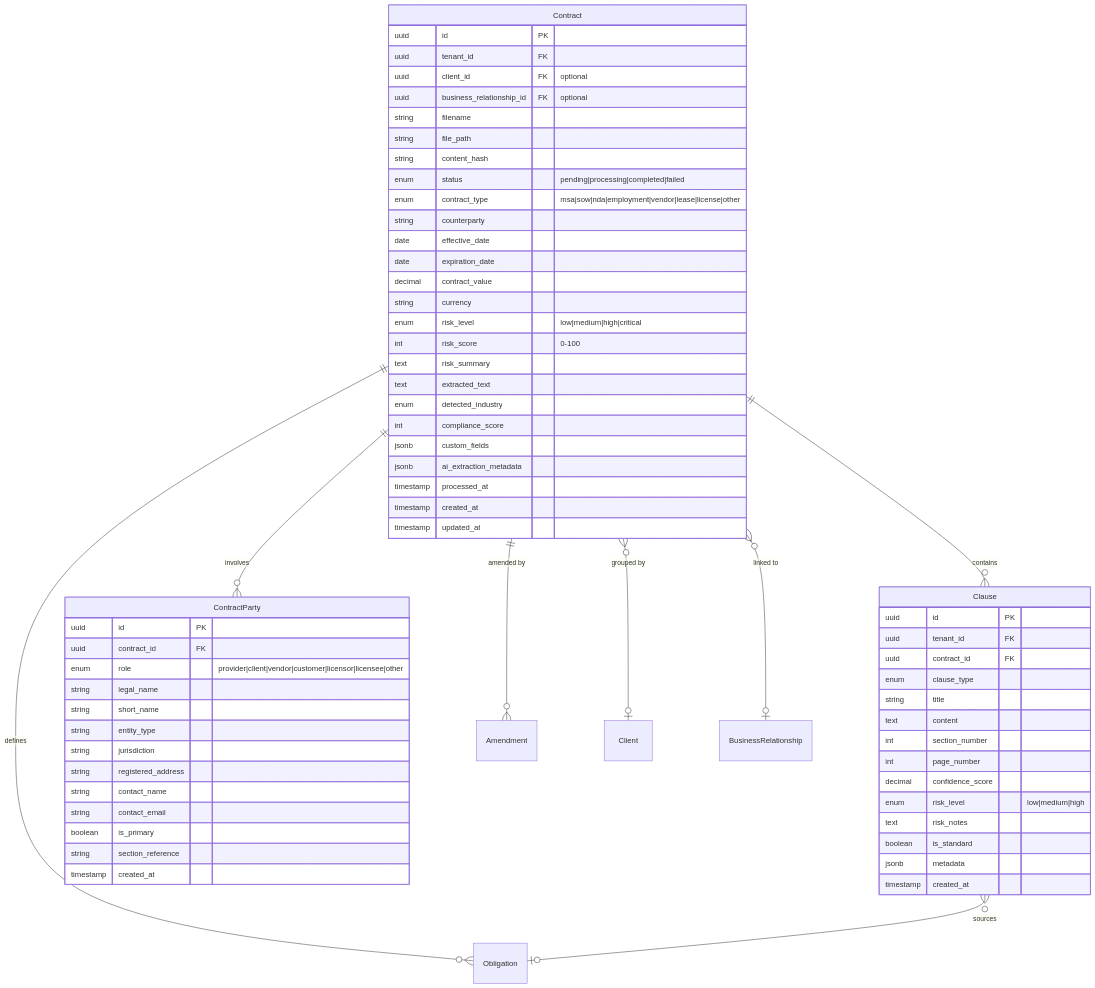
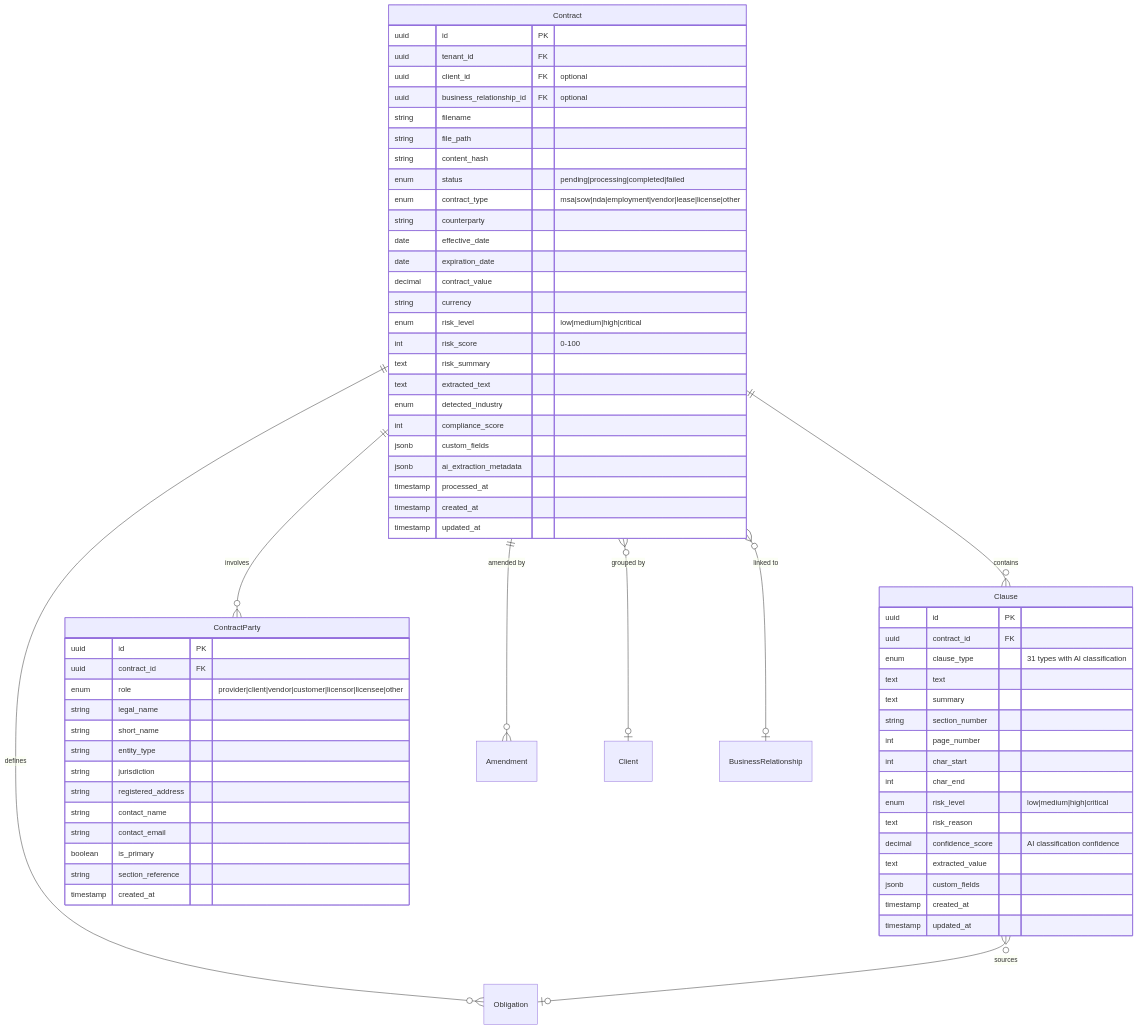
The fourth of 32 diagrams in docs/DATA_MODEL.md (jjayarajdev/clm-evaluetor), drawn with Mermaid before and after one commit. The commit also changed other lines of this file and 51 other files, not shown here.

````diff
--- a/docs/DATA_MODEL.md
+++ b/docs/DATA_MODEL.md
@@ -130,71 +130,73 @@
 ```mermaid
 erDiagram
     Contract ||--o{ Clause : "contains"
     Contract ||--o{ Obligation : "defines"
     Contract ||--o{ ContractParty : "involves"
     Contract ||--o{ Amendment : "amended by"
     Contract }o--o| Client : "grouped by"
     Contract }o--o| BusinessRelationship : "linked to"
     Clause }o--o| Obligation : "sources"
 
     Contract {
         uuid id PK
         uuid tenant_id FK
         uuid client_id FK "optional"
         uuid business_relationship_id FK "optional"
         string filename
         string file_path
         string content_hash
         enum status "pending|processing|completed|failed"
         enum contract_type "msa|sow|nda|employment|vendor|lease|license|other"
         string counterparty
         date effective_date
         date expiration_date
         decimal contract_value
         string currency
         enum risk_level "low|medium|high|critical"
         int risk_score "0-100"
         text risk_summary
         text extracted_text
         enum detected_industry
         int compliance_score
         jsonb custom_fields
         jsonb ai_extraction_metadata
         timestamp processed_at
         timestamp created_at
         timestamp updated_at
     }
 
     Clause {
         uuid id PK
-        uuid tenant_id FK
         uuid contract_id FK
-        enum clause_type
-        string title
-        text content
-        int section_number
+        enum clause_type "31 types with AI classification"
+        text text
+        text summary
+        string section_number
         int page_number
-        decimal confidence_score
-        enum risk_level "low|medium|high"
-        text risk_notes
-        boolean is_standard
-        jsonb metadata
+        int char_start
+        int char_end
+        enum risk_level "low|medium|high|critical"
+        text risk_reason
+        decimal confidence_score "AI classification confidence"
+        text extracted_value
+        jsonb custom_fields
         timestamp created_at
+        timestamp updated_at
     }
 
     ContractParty {
         uuid id PK
         uuid contract_id FK
         enum role "provider|client|vendor|customer|licensor|licensee|other"
         string legal_name
         string short_name
         string entity_type
         string jurisdiction
         string registered_address
         string contact_name
         string contact_email
         boolean is_primary
         string section_reference
         timestamp created_at
     }
 ```
````
